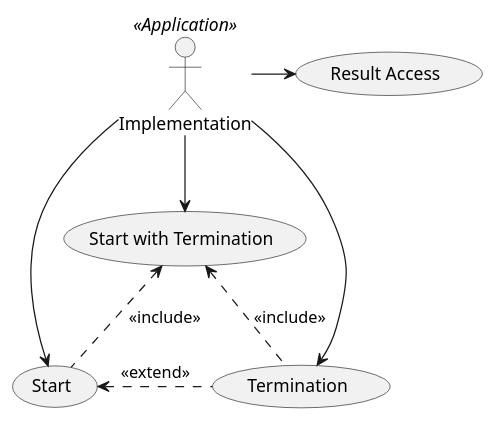
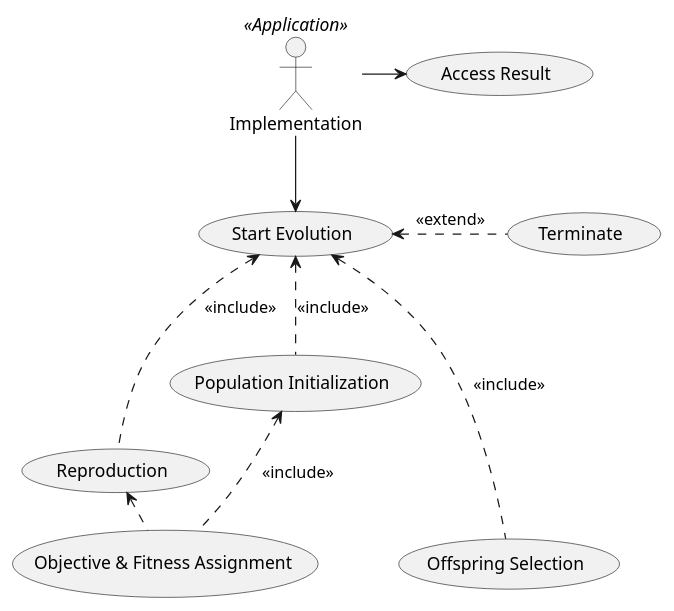
The diagram in thesis/src/Albar.AssistantAssignment.ThesisSpecificImplementation/doc/usecase.puml (albar/AssistantAssignment), drawn with PlantUML before and after one commit. The commit also changed 8 other files, not shown here.

```diff
--- a/thesis/src/Albar.AssistantAssignment.ThesisSpecificImplementation/doc/usecase.puml
+++ b/thesis/src/Albar.AssistantAssignment.ThesisSpecificImplementation/doc/usecase.puml
@@ -1,18 +1,27 @@
 @startuml
+skinparam monochrome true
 
 Implementation <<Application>>
 
-(Start) as (Start)
-(Start with Termination) as (StartWithTermination)
+(Start Evolution) as (Evolve)
+(Objective & Fitness Assignment) as (Evaluation)
+'(Evolve with Termination) as (StartWithTermination)
 
-(StartWithTermination) <. (Termination) : <<include>>
-(StartWithTermination) <. (Start) : <<include>>
+'(StartWithTermination) <. (Termination) : <<include>>
+'(StartWithTermination) <. (Evolve) : <<include>>
 
-(Start) <. (Termination) : <<extend>>
+(Evolve) <. (Terminate) : <<extend>>
 
-Implementation --> (StartWithTermination)
-Implementation ---> (Start)
-Implementation -> (Termination)
-Implementation -> (Result Access)
+'Implementation --> (StartWithTermination)
+Implementation --> (Evolve)
+'Implementation ---> (Terminate)
+Implementation -> (Access Result)
+
+(Evolve) <.. (Population Initialization) : <<include>>
+(Evolve) <.. (Reproduction) : <<include>>
+(Evolve) <... (Offspring Selection) : <<include>>
+
+(Population Initialization)  <.. (Evaluation) : <<include>>
+(Reproduction)  <. (Evaluation) : <<include>>
 
 @enduml
```
